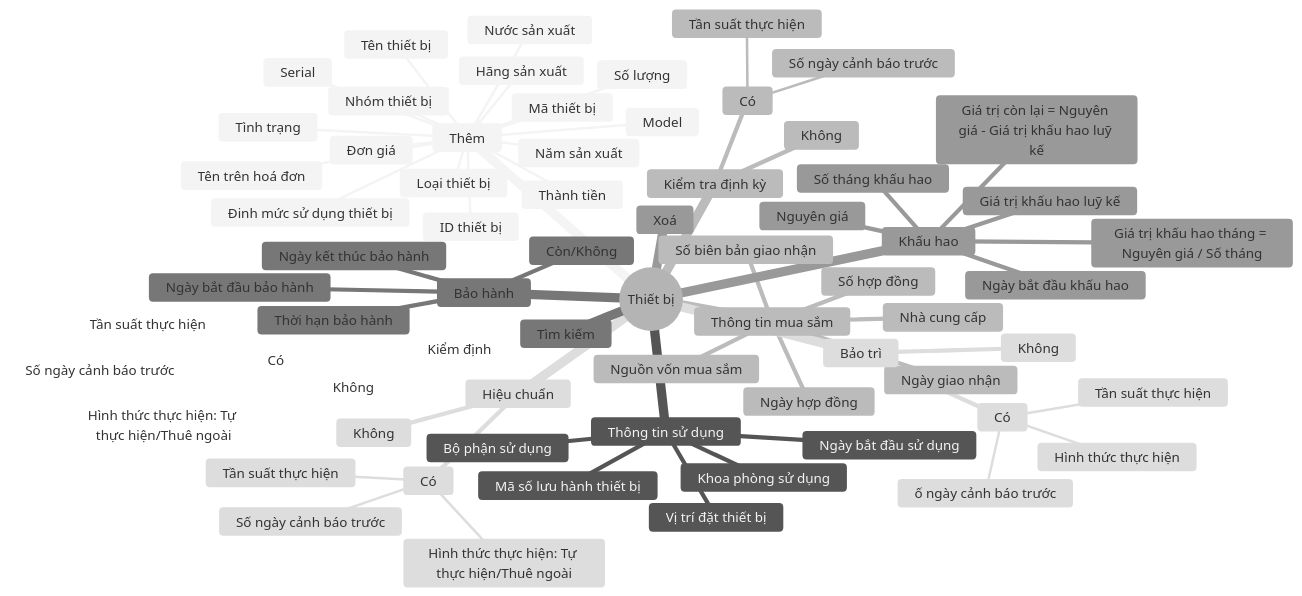
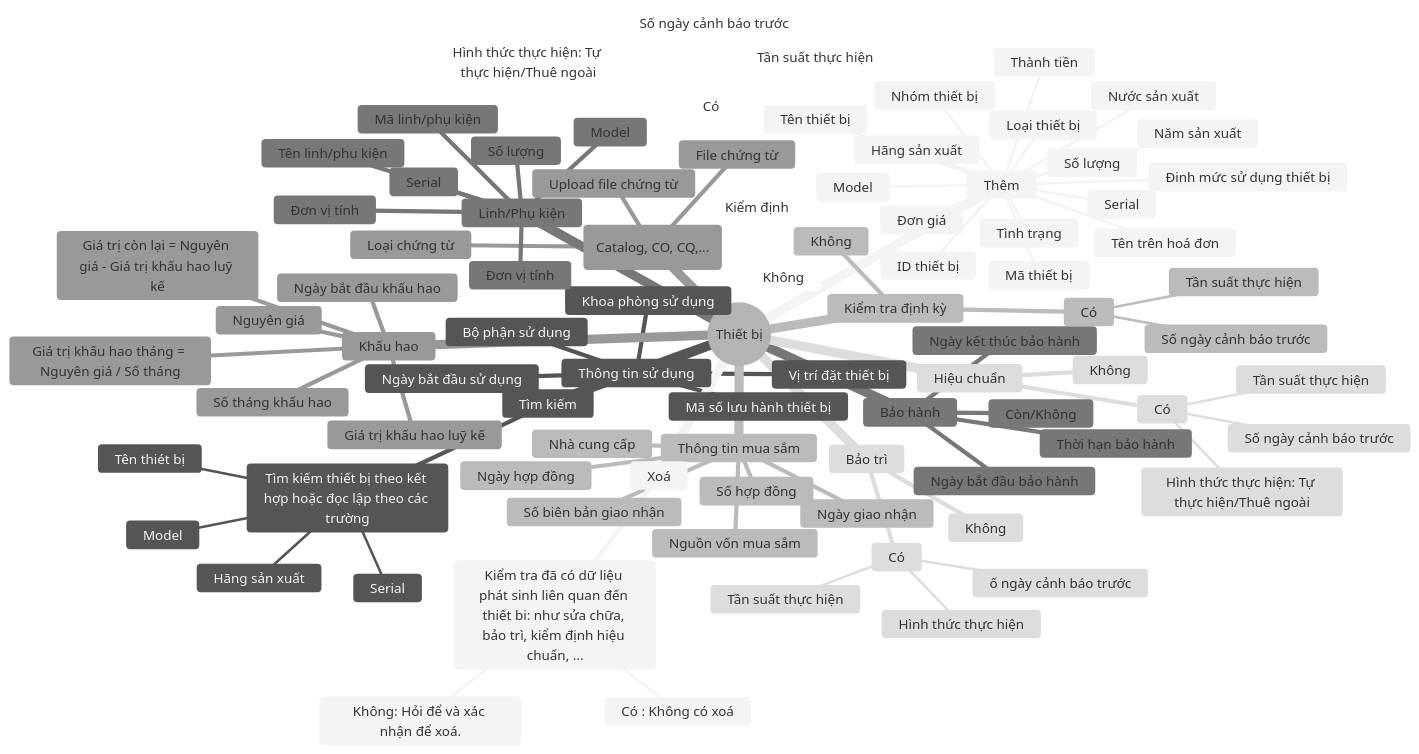
Before and after one commit to nthanhdo/mems-brainstorm: the diagram in mindmap-thietbi.md, drawn with Mermaid (neutral theme).

````diff
--- a/mindmap-thietbi.md
+++ b/mindmap-thietbi.md
@@ -66,7 +66,28 @@
           Có
             Tần suất thực hiện
             Số ngày cảnh báo trước
+    Chứng từ đính kèm (Catalog, CO, CQ,...)
+      Loại chứng từ
+      File chứng từ
+      Upload file chứng từ
+    Linh/Phụ kiện
+      Mã linh/phụ kiện
+      Tên linh/phu kiện
+      Đơn vị tính
+      Model
+      Serial
+      Đơn vị tính
+      Số lượng
     Xoá
+      Kiểm tra đã có dữ liệu phát sinh liên quan đến thiết bi: như sửa chữa, bảo trì, kiểm định hiệu chuẩn, ...
+        Có : Không có xoá
+        Không: Hỏi để và xác nhận để xoá.
     Tìm kiếm
+      Tìm kiếm thiết bị theo kết hợp hoặc đọc lập theo các trường
+        Tên thiét bị
+        Model
+        Serial
+        Hãng sản xuất
+
       
 ```
````
